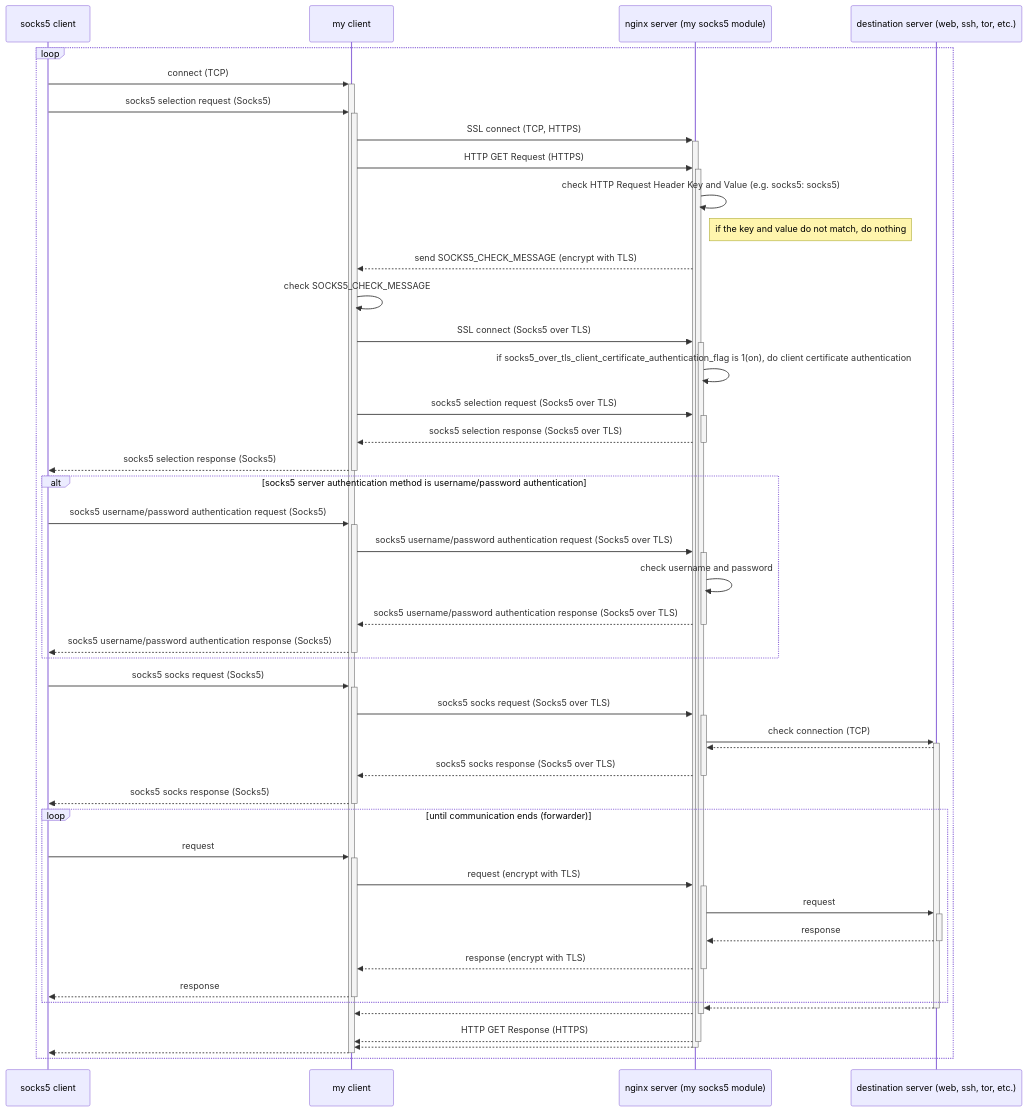
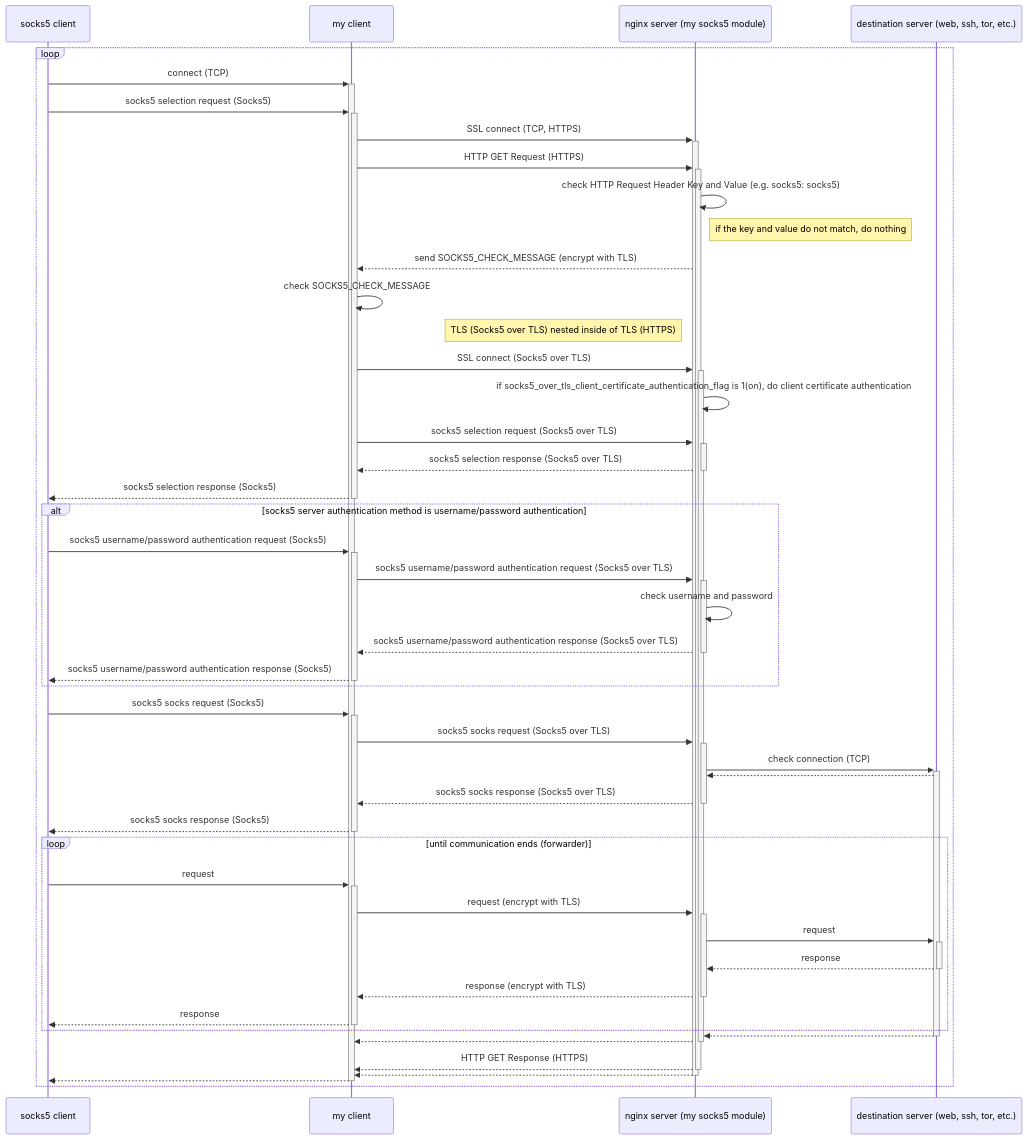
Before and after one commit to shuichiro-endo/socks5-nginx-module-v2: the first of 4 diagrams in README.md, drawn with Mermaid. The commit also changed other lines of this file, not shown here.

````diff
--- a/README.md
+++ b/README.md
@@ -13,48 +13,49 @@
 ```mermaid
 sequenceDiagram
     participant A as socks5 client
     participant B as my client
     participant C as nginx server (my socks5 module)
     participant D as destination server (web, ssh, tor, etc.)
     loop 
         A->>+B: connect (TCP)
         A->>+B: socks5 selection request (Socks5)
         B->>+C: SSL connect (TCP, HTTPS)
         B->>+C: HTTP GET Request (HTTPS)
         C->>C: check HTTP Request Header Key and Value (e.g. socks5: socks5)
         note right of C: if the key and value do not match, do nothing
         C-->>B: send SOCKS5_CHECK_MESSAGE (encrypt with TLS)
         B->>B: check SOCKS5_CHECK_MESSAGE
+        note left of C: TLS (Socks5 over TLS) nested inside of TLS (HTTPS)
         B->>+C: SSL connect (Socks5 over TLS)
         C->>C: if socks5_over_tls_client_certificate_authentication_flag is 1(on), do client certificate authentication
         B->>+C: socks5 selection request (Socks5 over TLS)
         C-->>-B: socks5 selection response (Socks5 over TLS)
         B-->>-A: socks5 selection response (Socks5)
         alt socks5 server authentication method is username/password authentication
         A->>+B: socks5 username/password authentication request (Socks5)
         B->>+C: socks5 username/password authentication request (Socks5 over TLS)
         C->>C: check username and password
         C-->>-B: socks5 username/password authentication response (Socks5 over TLS)
         B-->>-A: socks5 username/password authentication response (Socks5)
         end
         A->>+B: socks5 socks request (Socks5)
         B->>+C: socks5 socks request (Socks5 over TLS)
         C->>+D: check connection (TCP)
         D-->>C: 
         C-->>-B: socks5 socks response (Socks5 over TLS)
         B-->>-A: socks5 socks response (Socks5)
         loop until communication ends (forwarder)
             A->>+B: request
             B->>+C: request (encrypt with TLS)
             C->>+D: request
             D-->>-C: response
             C-->>-B: response (encrypt with TLS)
             B-->>-A: response
         end
         D-->>-C:  
         C-->>-B: 
         C-->>-B: HTTP GET Response (HTTPS)
         C-->>-B: 
         B-->>-A: 
     end
 ```
````
